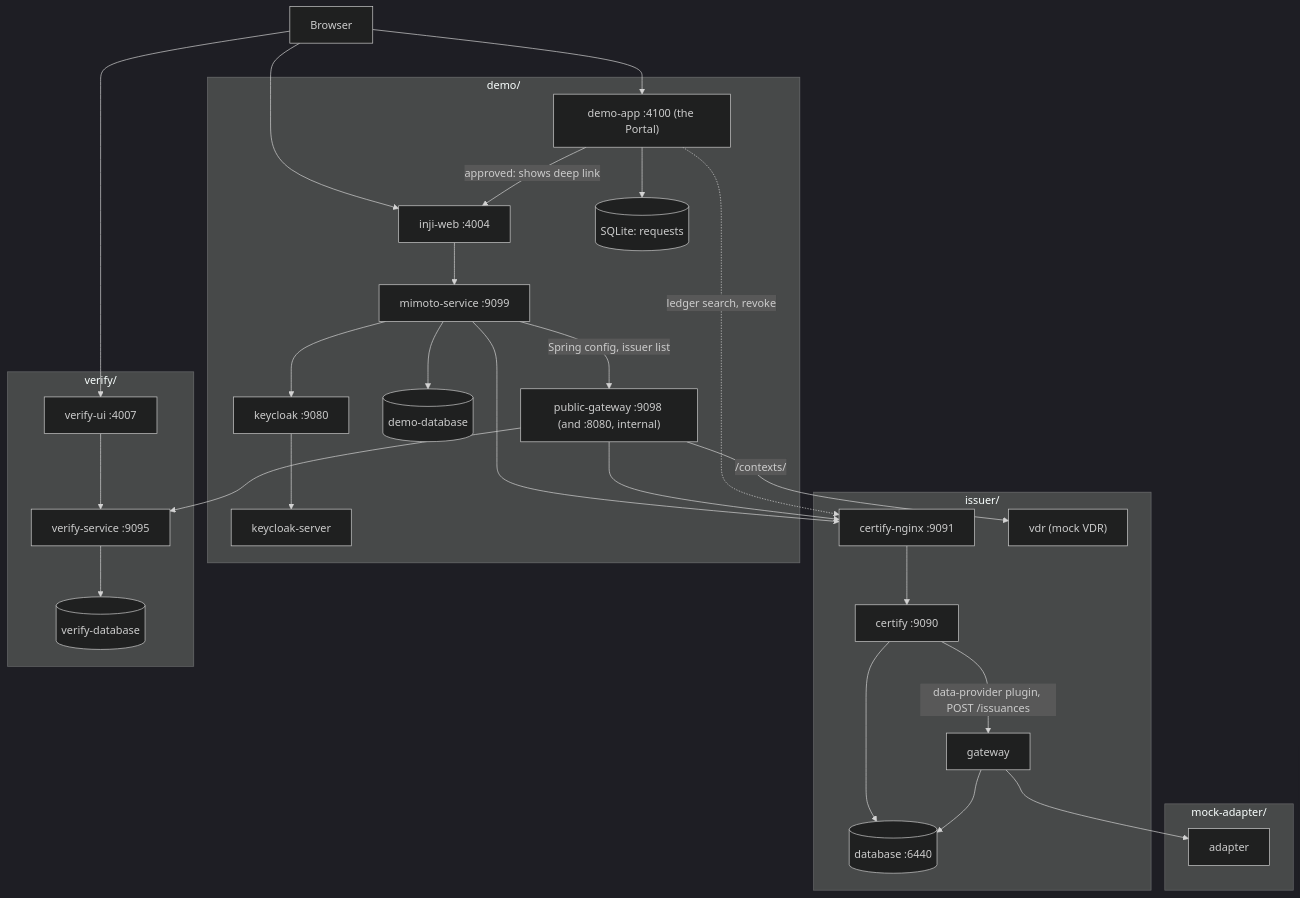
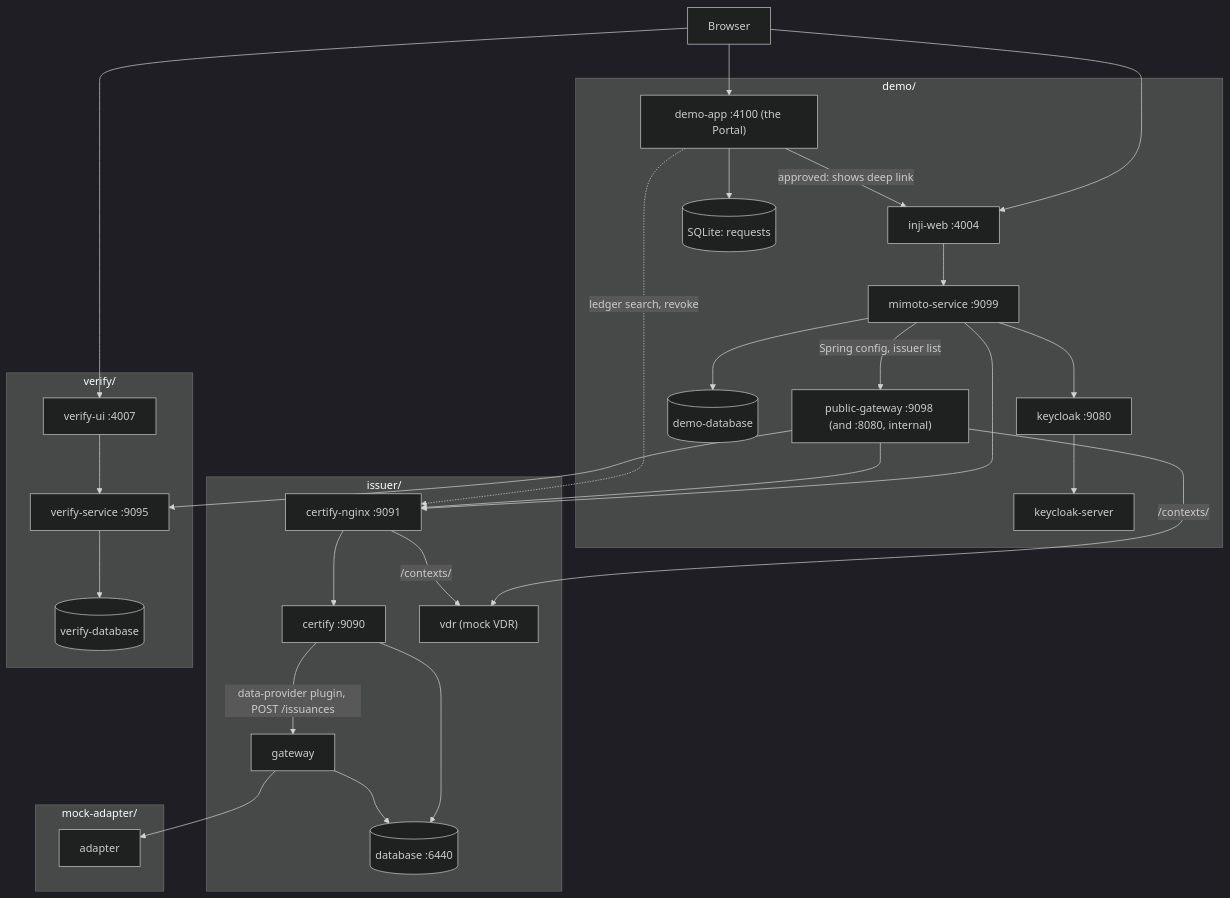
Before and after one commit to mosip-asia/ait-transcript: the diagram in wiki/architecture/vc-stack.md, drawn with Mermaid (dark theme). The commit also changed other lines of this file and 7 other files, not shown here.

First line of the commit message:
fix: certify-nginx serves the contexts, and issuer-dev refreshes the AIT context URL

````diff
--- a/wiki/architecture/vc-stack.md
+++ b/wiki/architecture/vc-stack.md
@@ -14,38 +14,39 @@
 ```mermaid
 flowchart TD
   Browser["Browser"] --> DemoApp
   Browser --> Web
   Browser --> VerifyUI
 
   subgraph demo["demo/"]
     DemoApp["demo-app :4100 (the Portal)"] -->|approved: shows deep link| Web["inji-web :4004"]
     Web --> Mimoto["mimoto-service :9099"]
     Mimoto --> KeycloakNginx["keycloak :9080"] --> Keycloak["keycloak-server"]
     Mimoto --> DemoDB[("demo-database")]
     Mimoto -->|Spring config, issuer list| PublicGateway["public-gateway :9098 (and :8080, internal)"]
     DemoApp --> SQLite[("SQLite: requests")]
   end
 
   subgraph issuer["issuer/"]
     CertifyNginx["certify-nginx :9091"] --> Certify["certify :9090"]
     Certify -->|"data-provider plugin, POST /issuances"| Gateway["gateway"]
     Certify --> DB[("database :6440")]
     Gateway --> DB
     VDR["vdr (mock VDR)"]
   end
 
   subgraph mockadapter["mock-adapter/"]
     Adapter["adapter"]
   end
 
   subgraph verify["verify/"]
     VerifyUI["verify-ui :4007"] --> VerifyAPI["verify-service :9095"] --> VerifyDB[("verify-database")]
   end
 
   Mimoto --> CertifyNginx
   Gateway --> Adapter
   PublicGateway -->|/contexts/| VDR
+  CertifyNginx -->|/contexts/| VDR
   PublicGateway --> CertifyNginx
   PublicGateway --> VerifyAPI
   DemoApp -.->|ledger search, revoke| CertifyNginx
 ```
````
